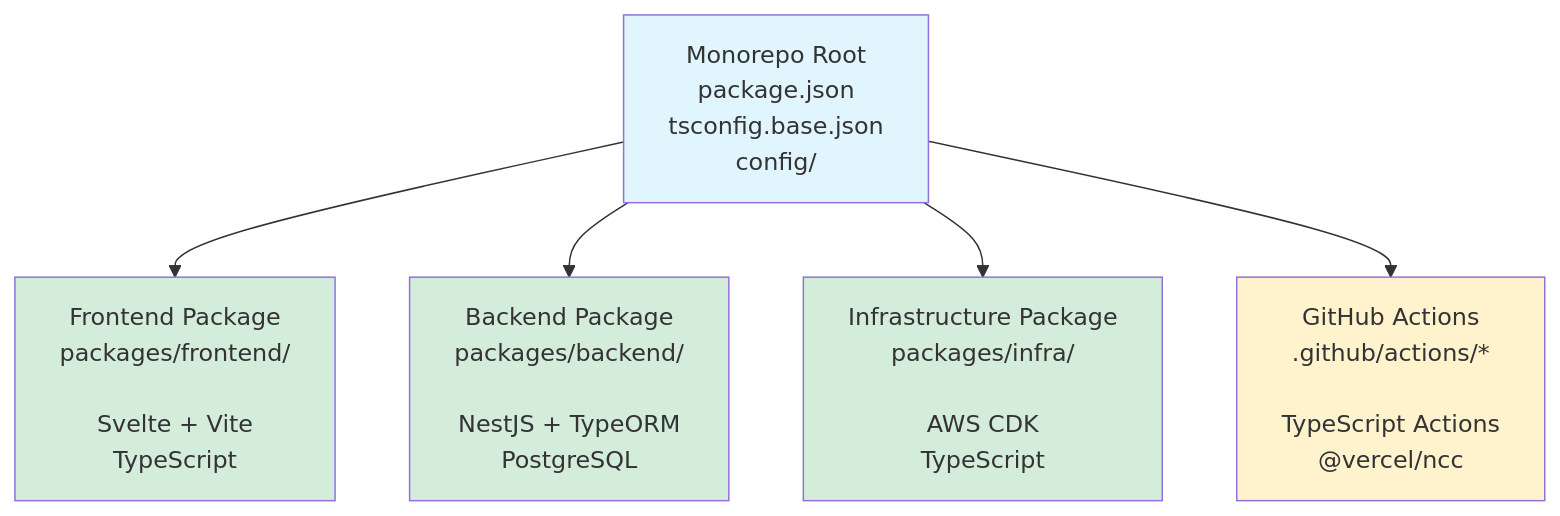
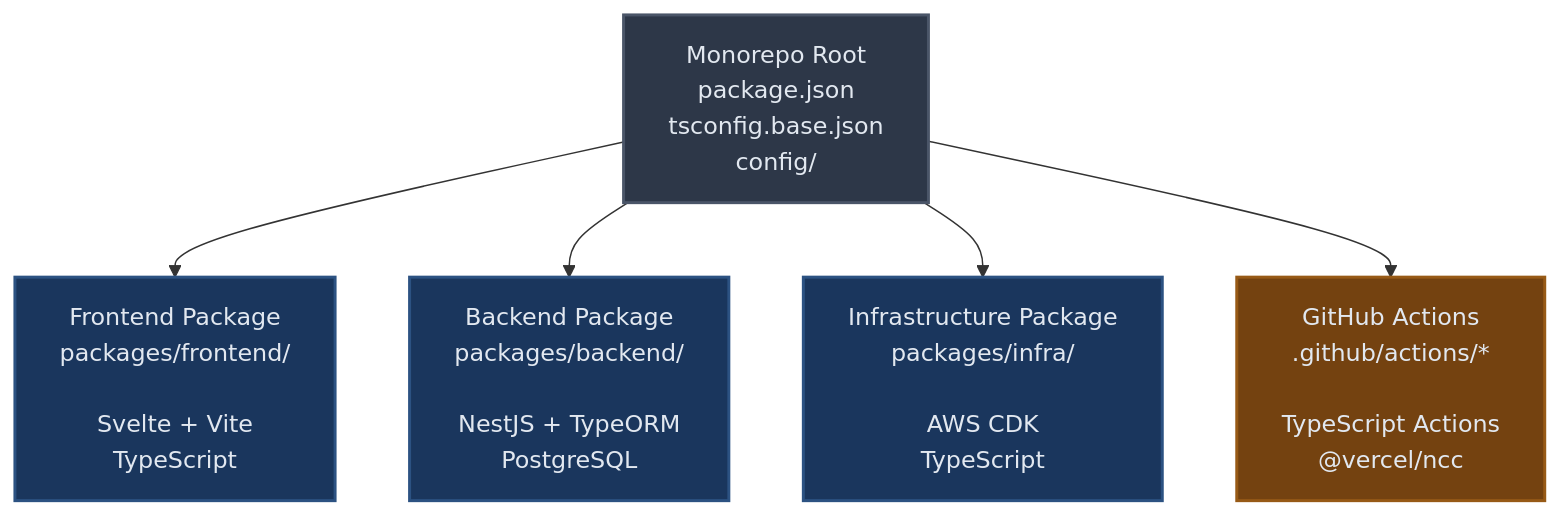
Before and after one commit to kimseungbin/trip-settle: the first of 2 diagrams in README.md, drawn with Mermaid. The commit also changed other lines of this file, not shown here.

First line of the commit message:
docs: Improve Mermaid diagram colors for dark mode readability

````diff
--- a/README.md
+++ b/README.md
@@ -34,15 +34,15 @@
 ```mermaid
 graph TB
     Root["Monorepo Root<br/>package.json<br/>tsconfig.base.json<br/>config/"]
 
     Root --> Frontend["Frontend Package<br/>packages/frontend/<br/><br/>Svelte + Vite<br/>TypeScript"]
     Root --> Backend["Backend Package<br/>packages/backend/<br/><br/>NestJS + TypeORM<br/>PostgreSQL"]
     Root --> Infra["Infrastructure Package<br/>packages/infra/<br/><br/>AWS CDK<br/>TypeScript"]
     Root --> Actions["GitHub Actions<br/>.github/actions/*<br/><br/>TypeScript Actions<br/>@vercel/ncc"]
 
-    style Root fill:#e1f5ff
-    style Frontend fill:#d4edda
-    style Backend fill:#d4edda
-    style Infra fill:#d4edda
-    style Actions fill:#fff3cd
+    style Root fill:#2d3748,stroke:#4a5568,stroke-width:2px,color:#e2e8f0
+    style Frontend fill:#1a365d,stroke:#2c5282,stroke-width:2px,color:#e2e8f0
+    style Backend fill:#1a365d,stroke:#2c5282,stroke-width:2px,color:#e2e8f0
+    style Infra fill:#1a365d,stroke:#2c5282,stroke-width:2px,color:#e2e8f0
+    style Actions fill:#744210,stroke:#975a16,stroke-width:2px,color:#e2e8f0
 ```
````
